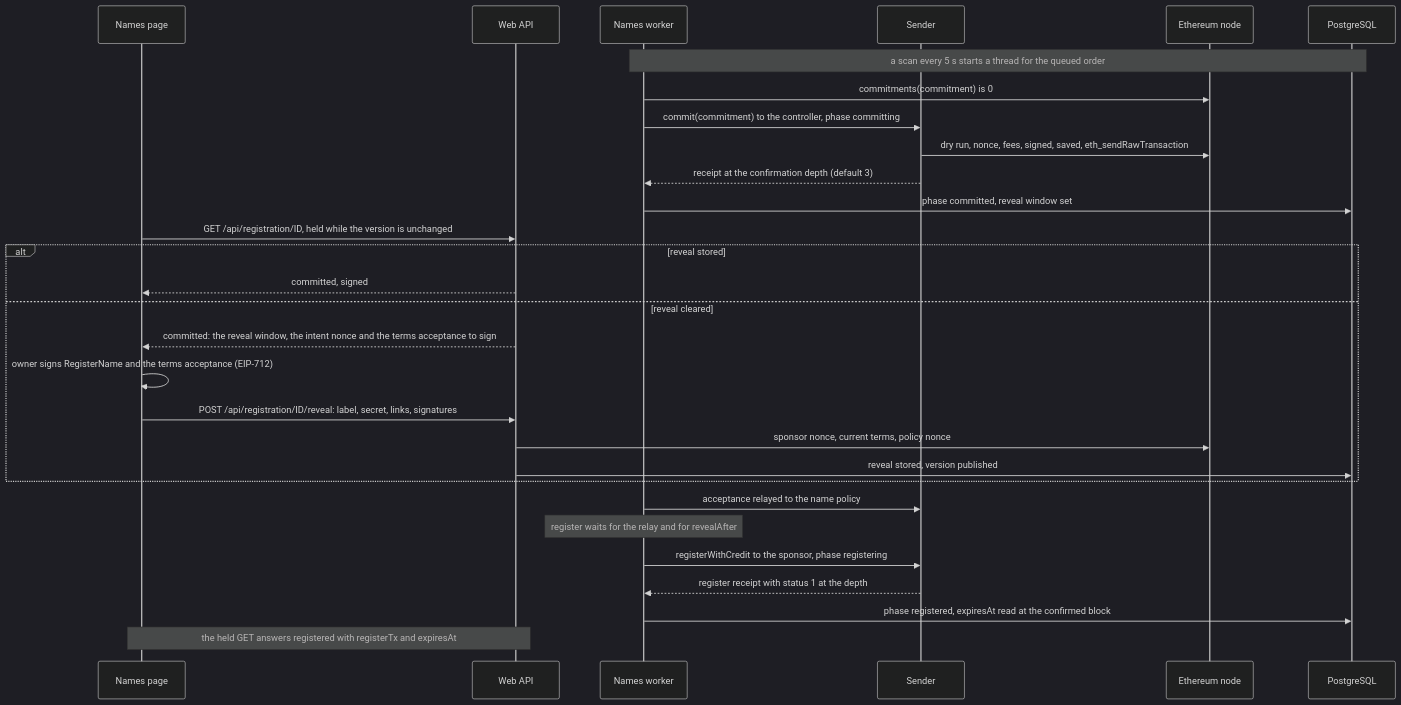
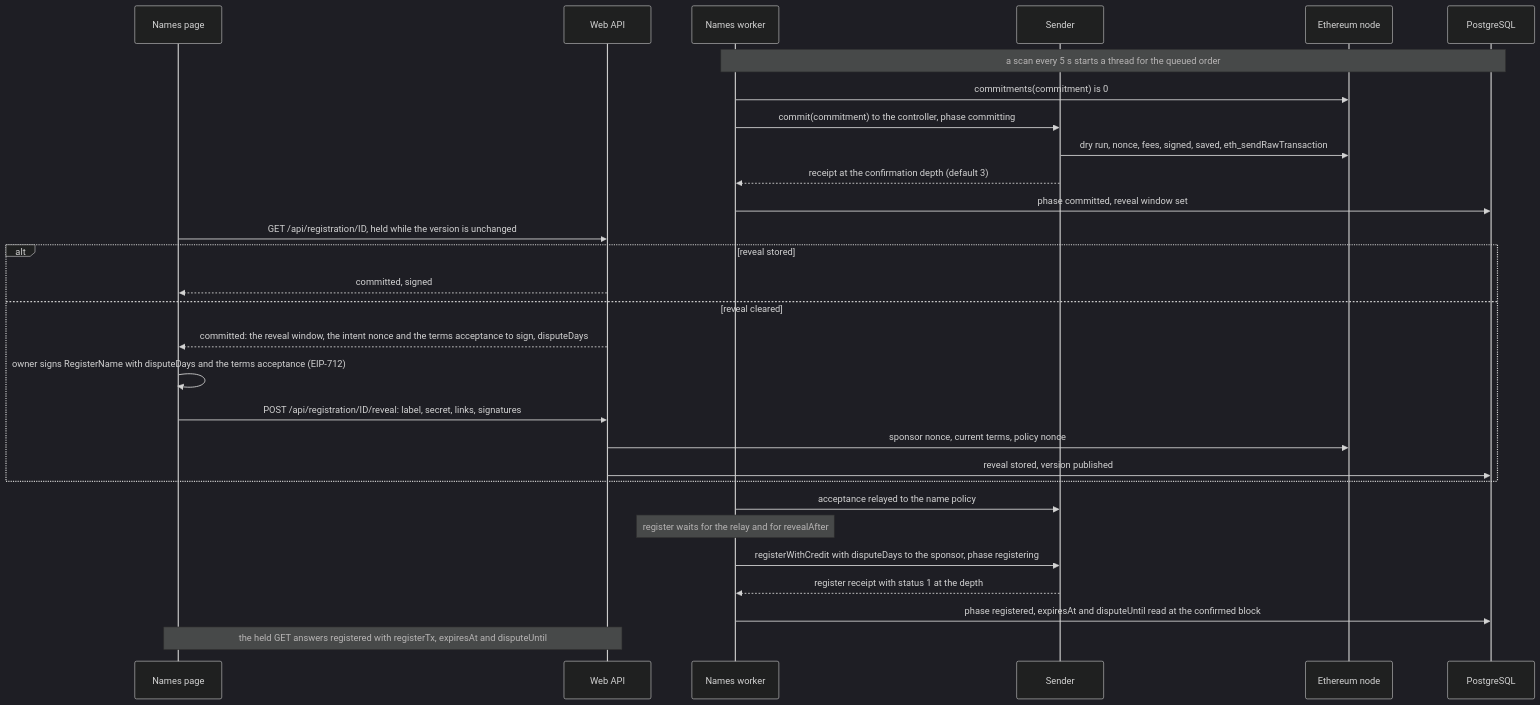
One commit to simplex-chat/simplex-chat changed the third of 15 diagrams in apps/simplex-store-service/docs/names.md. Above: the diagram before and after it, drawn with Mermaid (dark theme). The commit also changed other lines of this file and 37 other files, not shown here.

First line of the commit message:
store: dispute days by payment, and ended names

````diff
--- a/apps/simplex-store-service/docs/names.md
+++ b/apps/simplex-store-service/docs/names.md
@@ -213,31 +213,31 @@
 ```mermaid
 sequenceDiagram
   participant P as Names page
   participant W as Web API
   participant K as Names worker
   participant S as Sender
   participant E as Ethereum node
   participant D as PostgreSQL
   Note over K,D: a scan every 5 s starts a thread for the queued order
   K->>E: commitments(commitment) is 0
   K->>S: commit(commitment) to the controller, phase committing
   S->>E: dry run, nonce, fees, signed, saved, eth_sendRawTransaction
   S-->>K: receipt at the confirmation depth (default 3)
   K->>D: phase committed, reveal window set
   P->>W: GET /api/registration/ID, held while the version is unchanged
   alt reveal stored
     W-->>P: committed, signed
   else reveal cleared
-    W-->>P: committed: the reveal window, the intent nonce and the terms acceptance to sign
-    P->>P: owner signs RegisterName and the terms acceptance (EIP-712)
+    W-->>P: committed: the reveal window, the intent nonce and the terms acceptance to sign, disputeDays
+    P->>P: owner signs RegisterName with disputeDays and the terms acceptance (EIP-712)
     P->>W: POST /api/registration/ID/reveal: label, secret, links, signatures
     W->>E: sponsor nonce, current terms, policy nonce
     W->>D: reveal stored, version published
   end
   K->>S: acceptance relayed to the name policy
   Note over K: register waits for the relay and for revealAfter
-  K->>S: registerWithCredit to the sponsor, phase registering
+  K->>S: registerWithCredit with disputeDays to the sponsor, phase registering
   S-->>K: register receipt with status 1 at the depth
-  K->>D: phase registered, expiresAt read at the confirmed block
-  Note over P,W: the held GET answers registered with registerTx and expiresAt
+  K->>D: phase registered, expiresAt and disputeUntil read at the confirmed block
+  Note over P,W: the held GET answers registered with registerTx, expiresAt and disputeUntil
 ```
````
